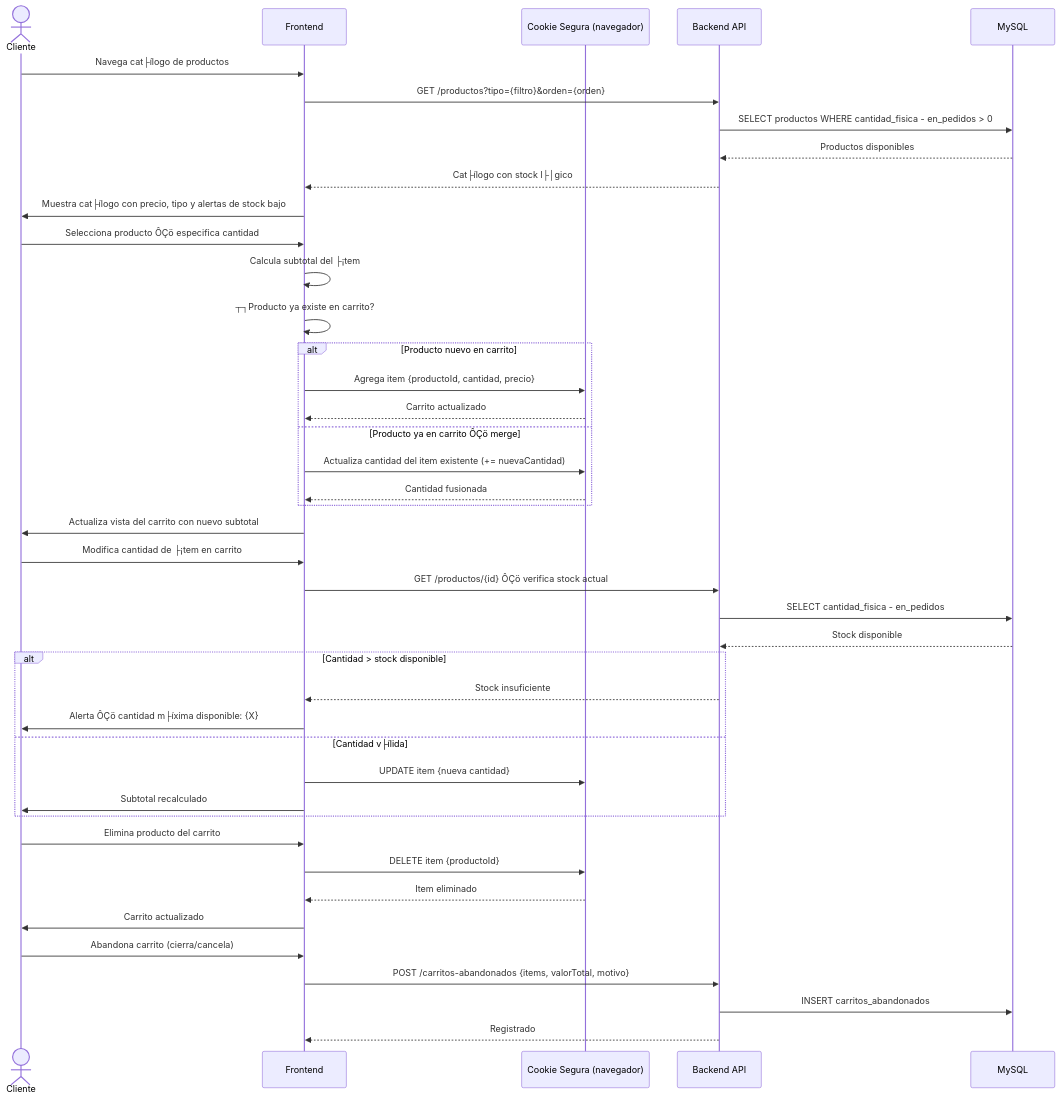
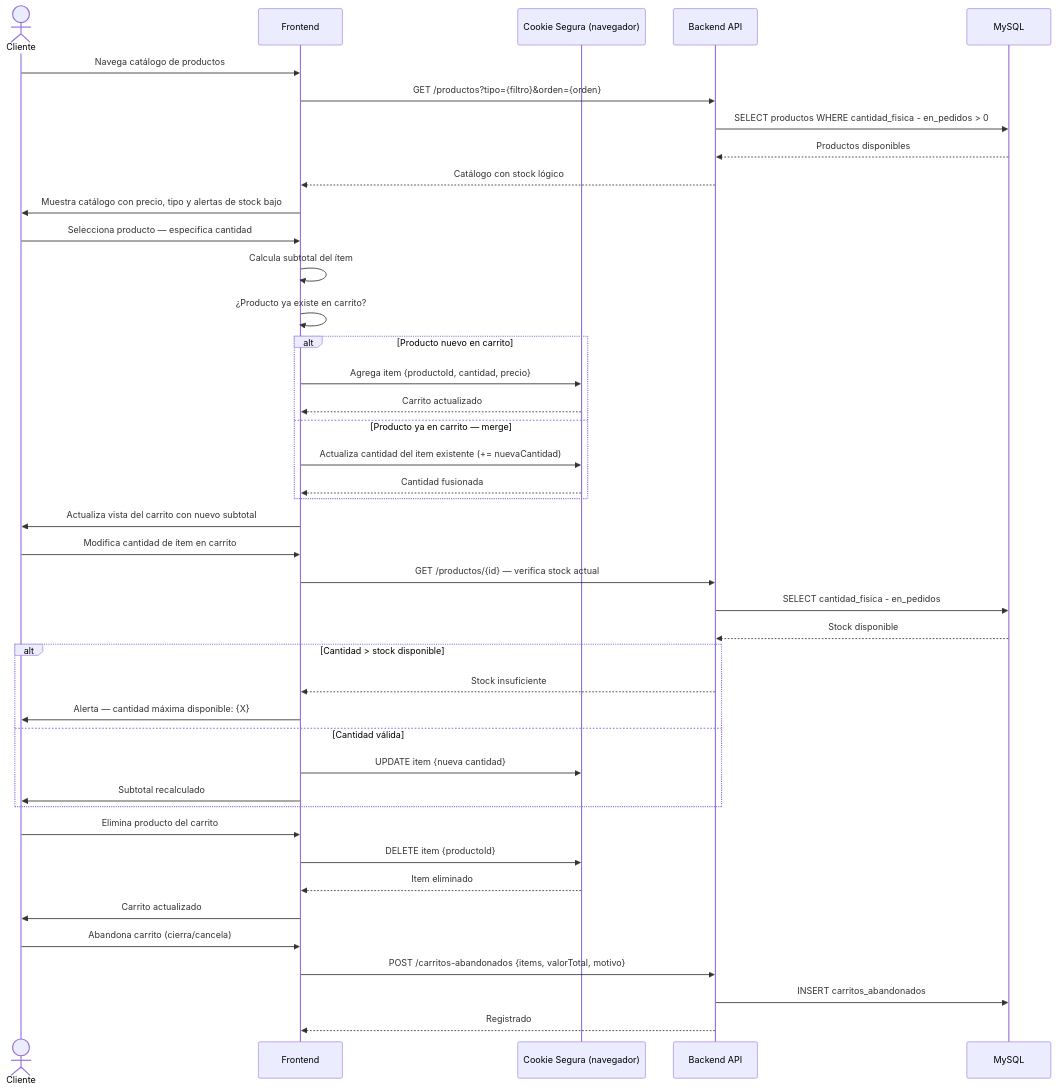
One commit to UNIPI6TO/PI-ECOMMERCE-FRITOLAY changed the ninth of 23 diagrams in docs/especificacion.md. Above: the diagram before and after it, drawn with Mermaid. The commit also changed other lines of this file, not shown here.

Commit message:
fix: corregir encoding UTF-8 del documento completo y agregar DFD GCP bajo costo (seccion 6.8)

````diff
--- a/docs/especificacion.md
+++ b/docs/especificacion.md
@@ -1211,51 +1211,51 @@
 ```mermaid
 sequenceDiagram
     actor Cliente
     participant FE as Frontend
     participant Cookie as Cookie Segura (navegador)
     participant API as Backend API
     participant DB as MySQL
 
-    Cliente->>FE: Navega cat├ílogo de productos
+    Cliente->>FE: Navega catálogo de productos
     FE->>API: GET /productos?tipo={filtro}&orden={orden}
     API->>DB: SELECT productos WHERE cantidad_fisica - en_pedidos > 0
     DB-->>API: Productos disponibles
-    API-->>FE: Cat├ílogo con stock l├│gico
-    FE->>Cliente: Muestra cat├ílogo con precio, tipo y alertas de stock bajo
+    API-->>FE: Catálogo con stock lógico
+    FE->>Cliente: Muestra catálogo con precio, tipo y alertas de stock bajo
 
-    Cliente->>FE: Selecciona producto ÔÇö especifica cantidad
-    FE->>FE: Calcula subtotal del ├¡tem
-    FE->>FE: ┬┐Producto ya existe en carrito?
+    Cliente->>FE: Selecciona producto — especifica cantidad
+    FE->>FE: Calcula subtotal del ítem
+    FE->>FE: ¿Producto ya existe en carrito?
 
     alt Producto nuevo en carrito
         FE->>Cookie: Agrega item {productoId, cantidad, precio}
         Cookie-->>FE: Carrito actualizado
-    else Producto ya en carrito ÔÇö merge
+    else Producto ya en carrito — merge
         FE->>Cookie: Actualiza cantidad del item existente (+= nuevaCantidad)
         Cookie-->>FE: Cantidad fusionada
     end
 
     FE->>Cliente: Actualiza vista del carrito con nuevo subtotal
 
-    Cliente->>FE: Modifica cantidad de ├¡tem en carrito
-    FE->>API: GET /productos/{id} ÔÇö verifica stock actual
+    Cliente->>FE: Modifica cantidad de ítem en carrito
+    FE->>API: GET /productos/{id} — verifica stock actual
     API->>DB: SELECT cantidad_fisica - en_pedidos
     DB-->>API: Stock disponible
     alt Cantidad > stock disponible
         API-->>FE: Stock insuficiente
-        FE->>Cliente: Alerta ÔÇö cantidad m├íxima disponible: {X}
-    else Cantidad v├ílida
+        FE->>Cliente: Alerta — cantidad máxima disponible: {X}
+    else Cantidad válida
         FE->>Cookie: UPDATE item {nueva cantidad}
         FE->>Cliente: Subtotal recalculado
     end
 
     Cliente->>FE: Elimina producto del carrito
     FE->>Cookie: DELETE item {productoId}
     Cookie-->>FE: Item eliminado
     FE->>Cliente: Carrito actualizado
 
     Cliente->>FE: Abandona carrito (cierra/cancela)
     FE->>API: POST /carritos-abandonados {items, valorTotal, motivo}
     API->>DB: INSERT carritos_abandonados
     API-->>FE: Registrado
 ```
````
